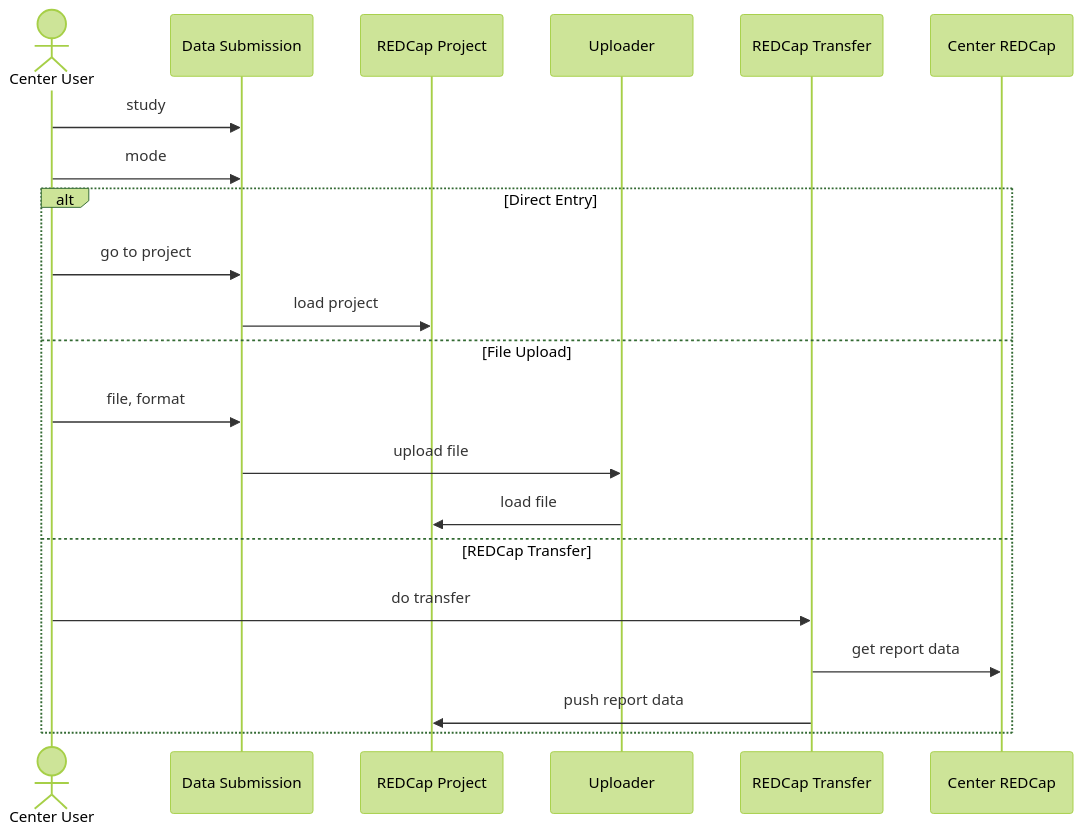
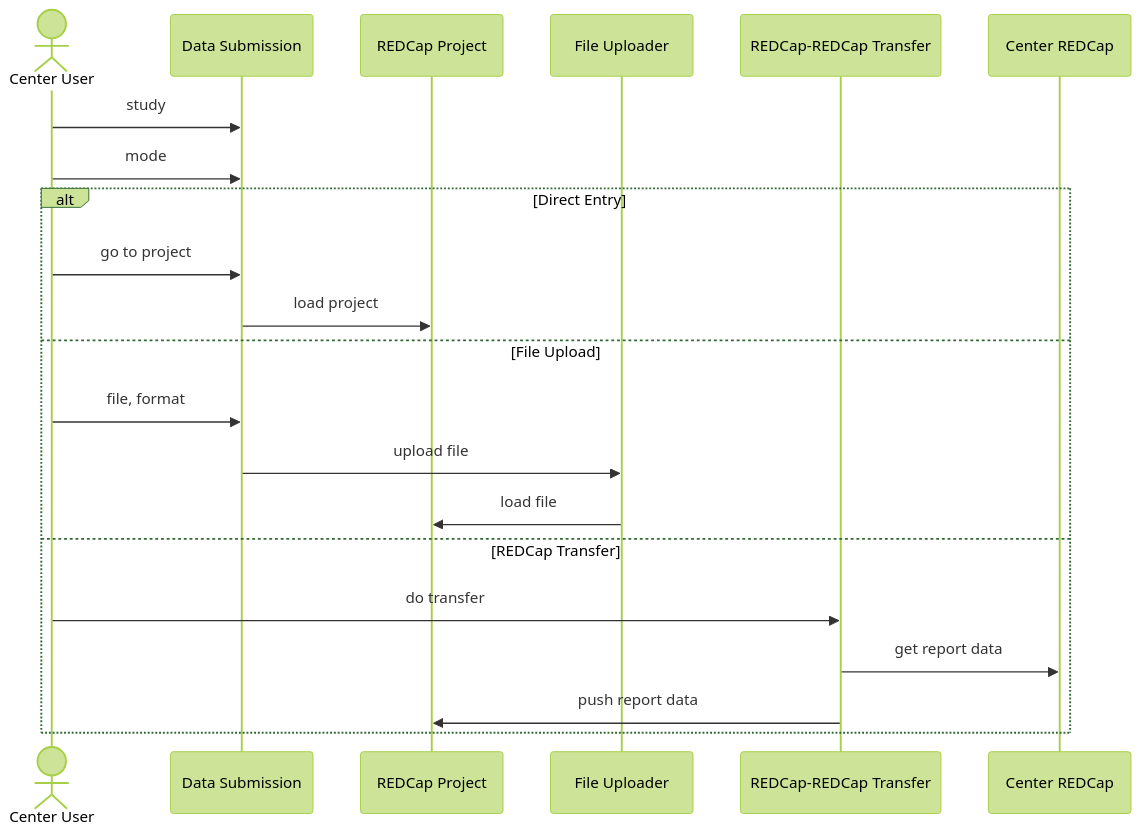
One commit to naccdata/system-design changed the diagram in src/markdown/06-submission.md. Above: the diagram before and after it, drawn with Mermaid (forest theme). The commit also changed other lines of this file and 2 other files, not shown here.

````diff
--- a/src/markdown/06-submission.md
+++ b/src/markdown/06-submission.md
@@ -17,23 +48,23 @@
 ```mermaid
 sequenceDiagram
     actor U as Center User
     participant I as Data Submission
     participant R as REDCap Project
-    participant L as Uploader
-    participant T as REDCap Transfer
+    participant L as File Uploader
+    participant T as REDCap-REDCap Transfer
     participant C as Center REDCap
     U ->> I: study
     U ->> I: mode
     alt Direct Entry
         U ->> I: go to project
         I ->> R: load project
     else File Upload
         U ->> I: file, format
         I ->> L: upload file
         L ->> R: load file
     else REDCap Transfer
         U ->> T: do transfer 
         T ->> C: get report data
         T ->> R: push report data
     end
 ```
````
